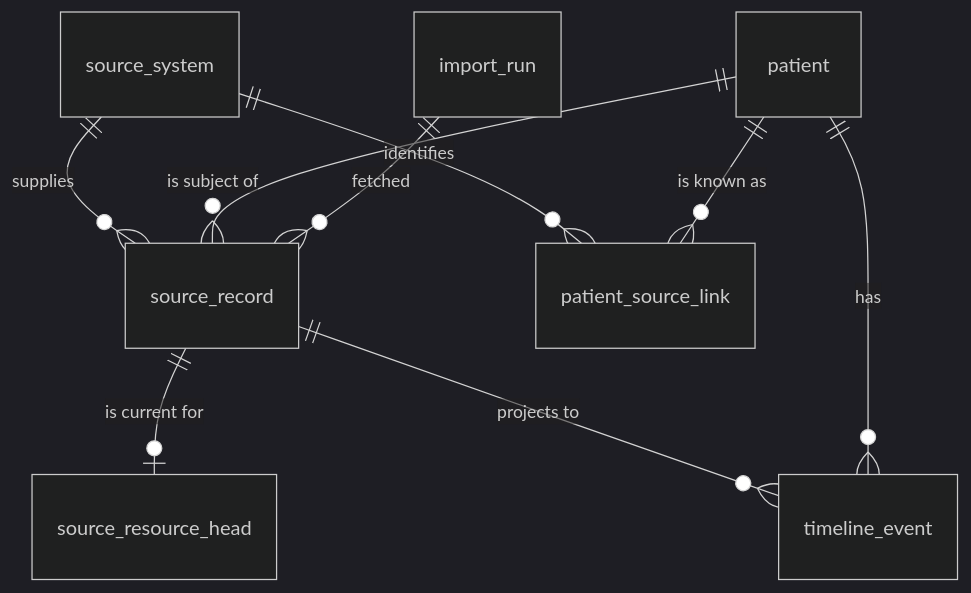
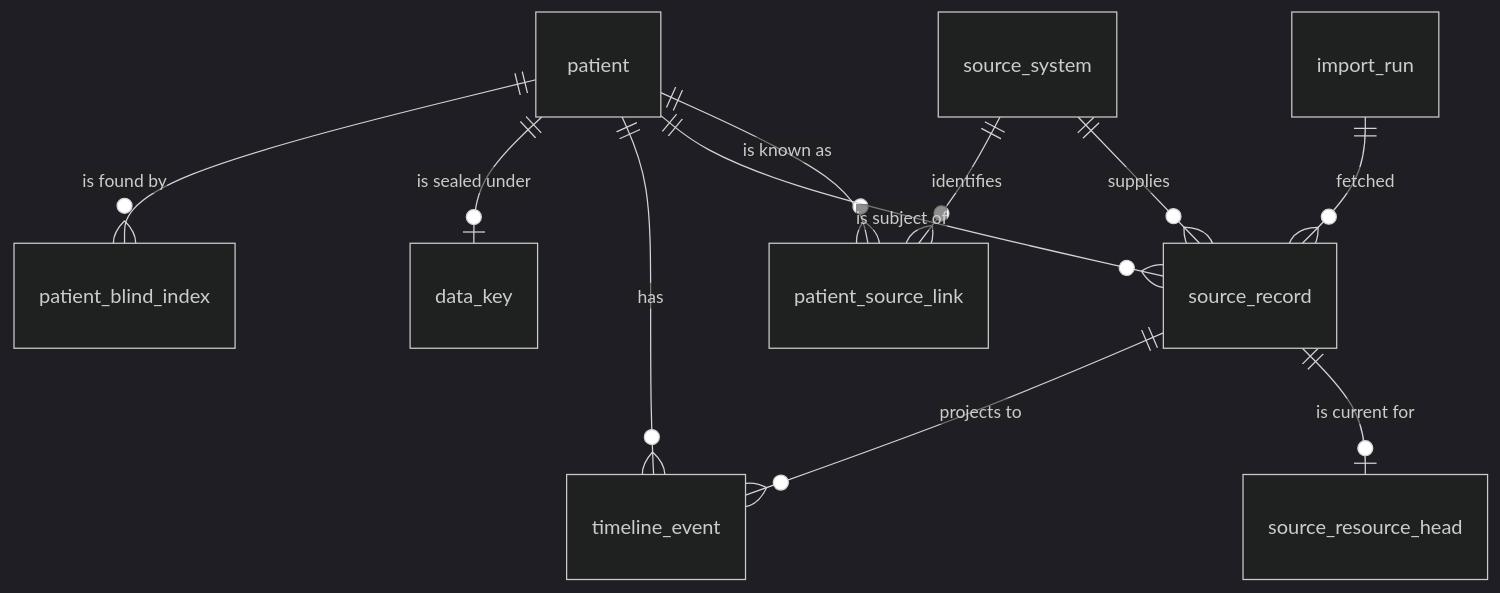
The second of 2 diagrams in docs/architecture.md (AOX-LLC/clinical-copilot), drawn with Mermaid (dark theme) before and after one commit. The commit also changed other lines of this file and 6 other files, not shown here.

First line of the commit message:
Document the data layer: ADR 0014, architecture, threat model and conventions

````diff
--- a/docs/architecture.md
+++ b/docs/architecture.md
@@ -82,11 +104,13 @@
 ```mermaid
 erDiagram
     source_system ||--o{ source_record : "supplies"
     source_system ||--o{ patient_source_link : "identifies"
     patient ||--o{ patient_source_link : "is known as"
     patient ||--o{ source_record : "is subject of"
     import_run ||--o{ source_record : "fetched"
     source_record ||--o| source_resource_head : "is current for"
     source_record ||--o{ timeline_event : "projects to"
     patient ||--o{ timeline_event : "has"
+    patient ||--o| data_key : "is sealed under"
+    patient ||--o{ patient_blind_index : "is found by"
 ```
````
